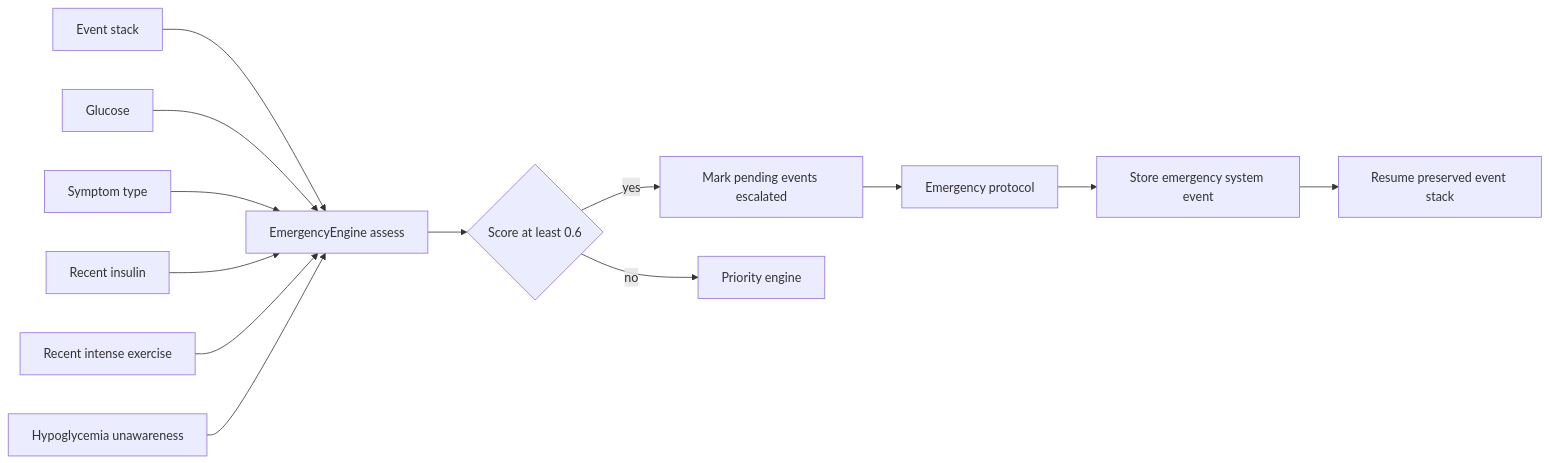
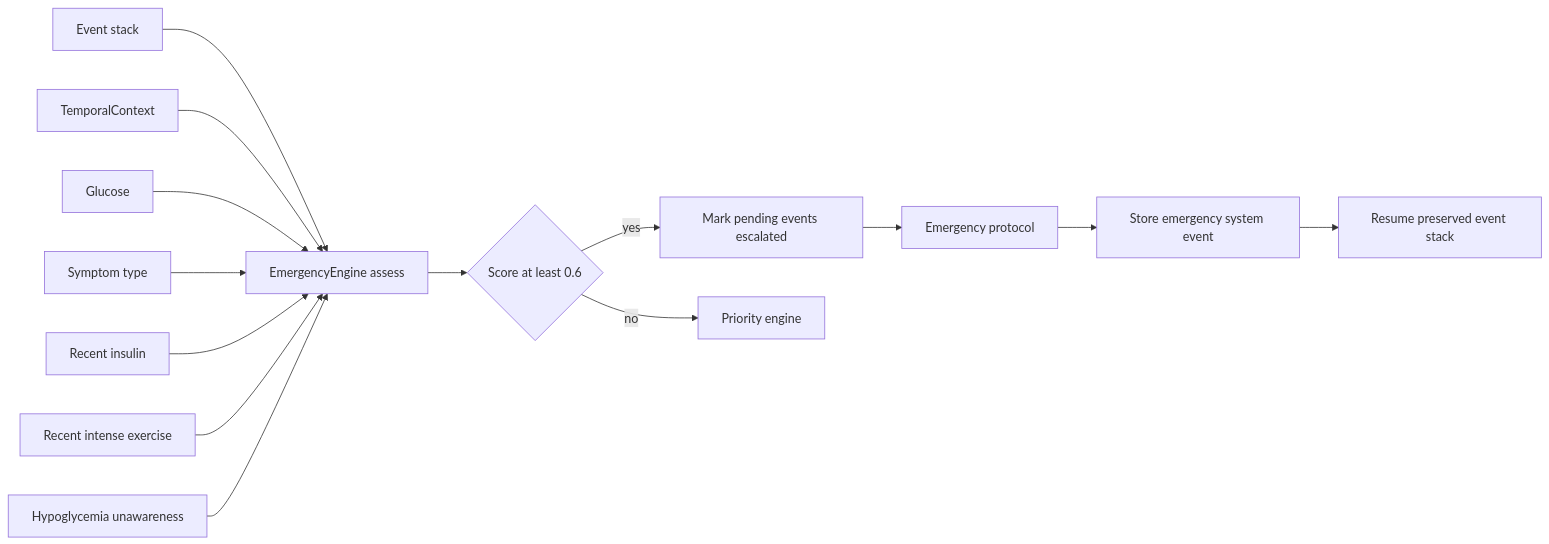
The diagram in diabot/docs/fsm/emergency.mmd (bioduds/diabot), drawn with Mermaid before and after one commit. The commit also changed 19 other files, not shown here.

```diff
--- a/diabot/docs/fsm/emergency.mmd
+++ b/diabot/docs/fsm/emergency.mmd
@@ -1,15 +1,16 @@
 %% fsm-contract: {"precedence":"emergency-before-priority","signals":["glucose","symptomType","recentInsulin","recentIntenseExercise","hypoglycemiaUnawareness"],"threshold":0.6,"resume":"preserve-event-stack"}
 %% This contract is checked by test/fsm_mermaid_contract_test.dart.
 flowchart LR
   STACK[Event stack] --> ASSESS[EmergencyEngine assess]
+  TIME[TemporalContext] --> ASSESS
   GLUCOSE[Glucose] --> ASSESS
   SYMPTOMS[Symptom type] --> ASSESS
   INSULIN[Recent insulin] --> ASSESS
   EXERCISE[Recent intense exercise] --> ASSESS
   UNAWARE[Hypoglycemia unawareness] --> ASSESS
   ASSESS --> SCORE{Score at least 0.6}
   SCORE -->|yes| MARK[Mark pending events escalated]
   MARK --> EMERGENCY[Emergency protocol]
   EMERGENCY --> STORE[Store emergency system event]
   STORE --> RESUME[Resume preserved event stack]
   SCORE -->|no| PRIORITY[Priority engine]
```
